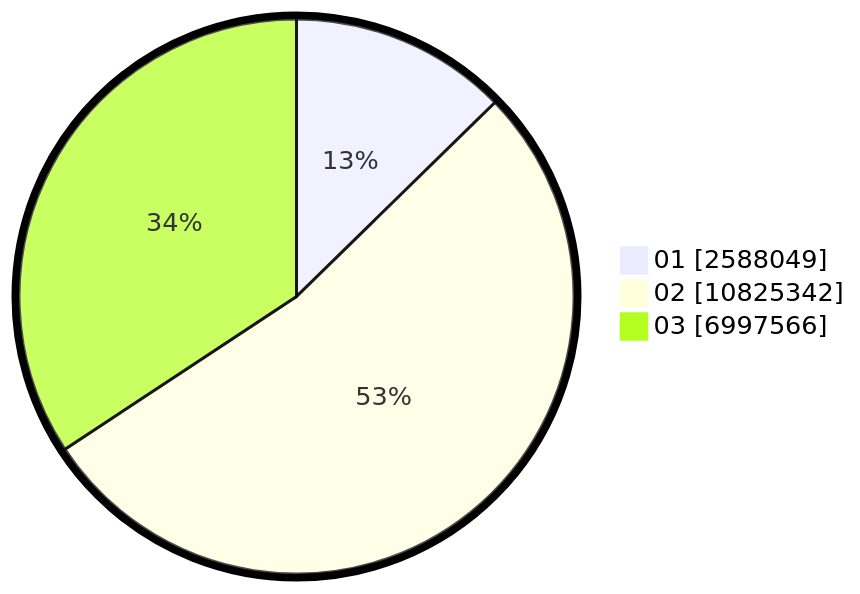
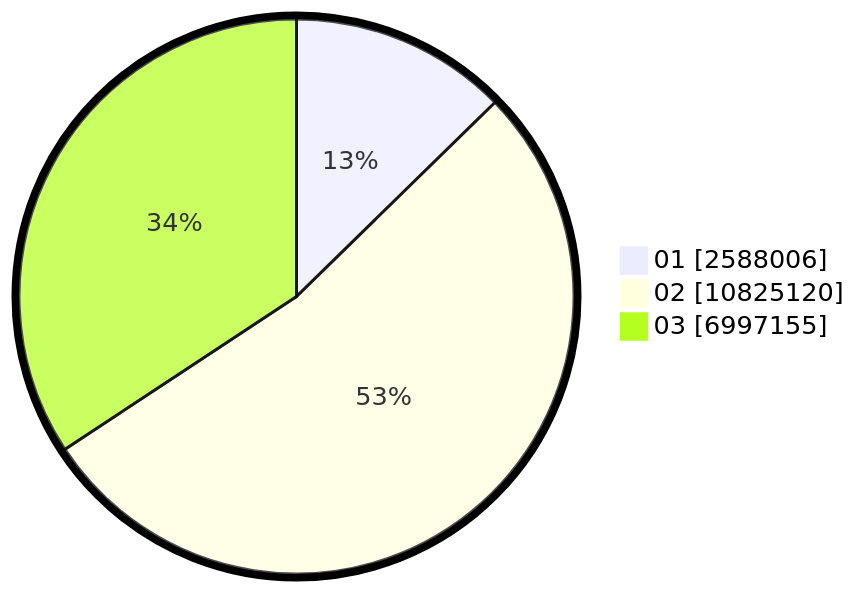
Before and after one commit to gigit-pemilu/pemilu-2024: the second of 2 diagrams in pilpres/hitung-suara/sub/table-wilayah-33.md, drawn with Mermaid. The commit also changed other lines of this file and 7 other files, not shown here.

````diff
--- a/pilpres/hitung-suara/sub/table-wilayah-33.md
+++ b/pilpres/hitung-suara/sub/table-wilayah-33.md
@@ -15,7 +15,7 @@
 ```mermaid
 %%{init: {"pie": {"textPosition": 0.5}, "themeVariables": {"pieOuterStrokeWidth": "5px"}} }%%
 pie showData
-    "01" : 2588049
-    "02" : 10825342
-    "03" : 6997566
+    "01" : 2588006
+    "02" : 10825120
+    "03" : 6997155
 ```
````
